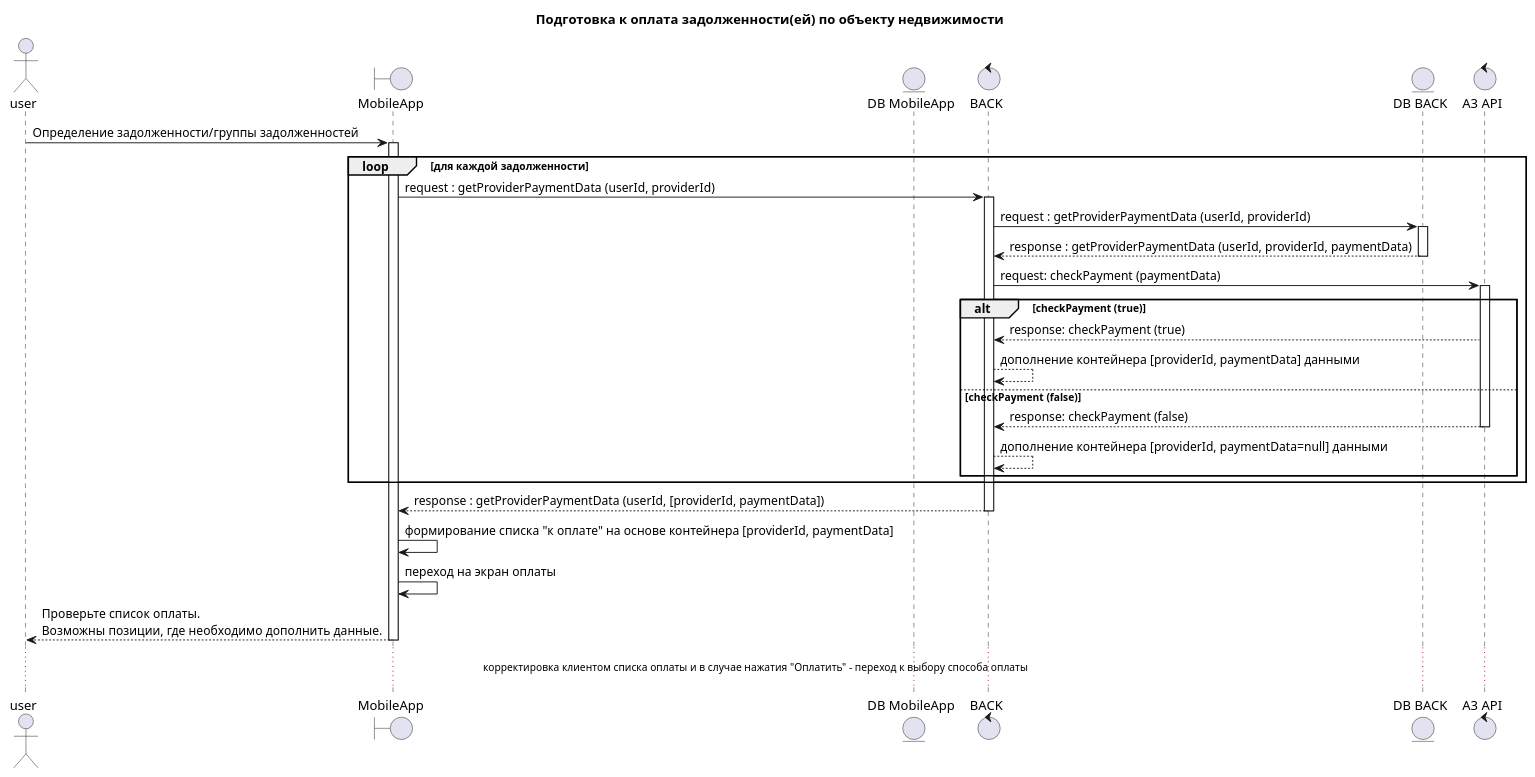
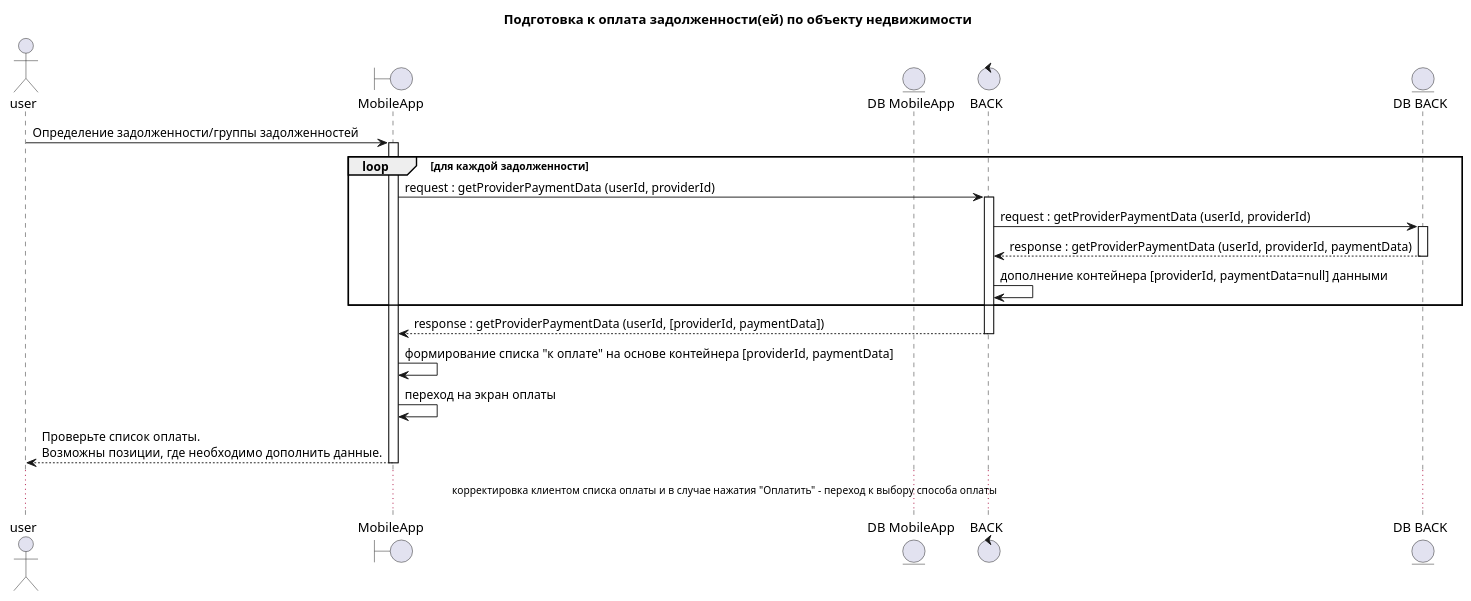
Before and after one commit to ArtWh0/UML-Scheme: the diagram in Оплата задолженности по объекту недвижимости/ОплатаЗадолженностиПоОбъектуНедвижимости.pu, drawn with PlantUML. The commit also changed 9 other files, not shown here.

Commit message:
Обновление схем

```diff
--- a/Оплата задолженности по объекту недвижимости/ОплатаЗадолженностиПоОбъектуНедвижимости.pu
+++ b/Оплата задолженности по объекту недвижимости/ОплатаЗадолженностиПоОбъектуНедвижимости.pu
@@ -1,42 +1,31 @@
 @startuml
 title "Подготовка к оплата задолженности(ей) по объекту недвижимости"
 actor user
 boundary "MobileApp" as mobapp
 entity "DB MobileApp" as dbmob
 control "BACK" as back
 entity "DB BACK" as db
-control "A3 API" as a3
 
 user -> mobapp : Определение задолженности/группы задолженностей
 activate mobapp
 
 loop для каждой задолженности
 
     mobapp -> back : request : getProviderPaymentData (userId, providerId)
       activate back
           back -> db : request : getProviderPaymentData (userId, providerId)
           activate db
               db --> back : response : getProviderPaymentData (userId, providerId, paymentData)
           deactivate db
-          back -> a3 : request: checkPayment (paymentData)
-          activate a3
-alt checkPayment (true)
-              a3 --> back : response: checkPayment (true)
-          back --> back : дополнение контейнера [providerId, paymentData] данными
-else checkPayment (false)
-              a3 --> back : response: checkPayment (false)
-          deactivate a3
-
-          back --> back : дополнение контейнера [providerId, paymentData=null] данными
-end
+          back -> back : дополнение контейнера [providerId, paymentData=null] данными
 end
           back --> mobapp : response : getProviderPaymentData (userId, [providerId, paymentData])
       deactivate back
       mobapp -> mobapp : формирование списка "к оплате" на основе контейнера [providerId, paymentData]
       mobapp -> mobapp : переход на экран оплаты
       mobapp --> user : Проверьте список оплаты.\nВозможны позиции, где необходимо дополнить данные.
 deactivate mobapp
 
 ...корректировка клиентом списка оплаты и в случае нажатия "Оплатить" - переход к выбору способа оплаты...
 
 @enduml
```
